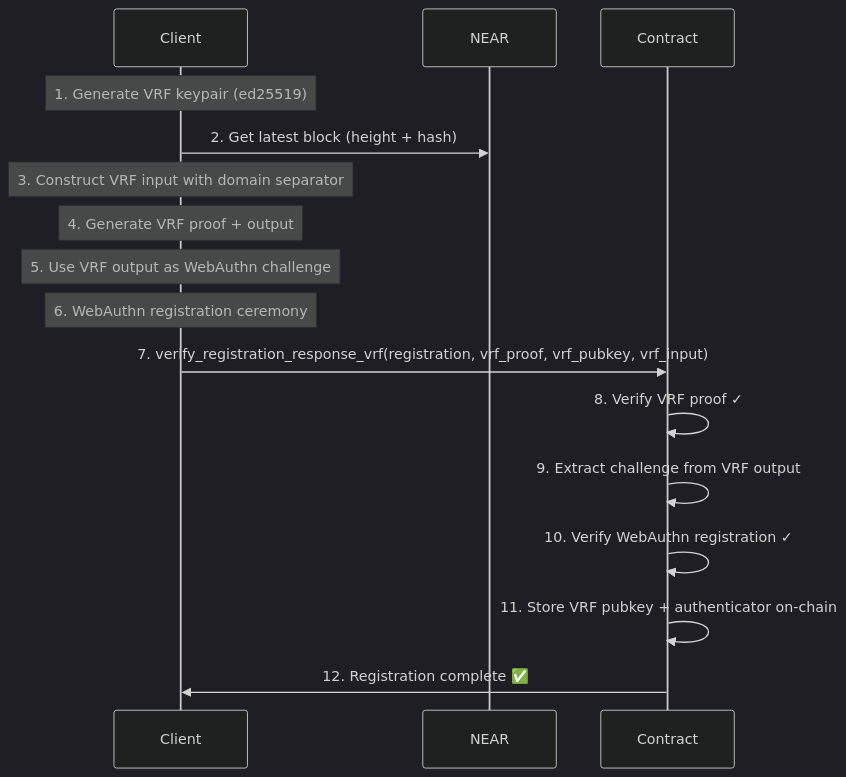
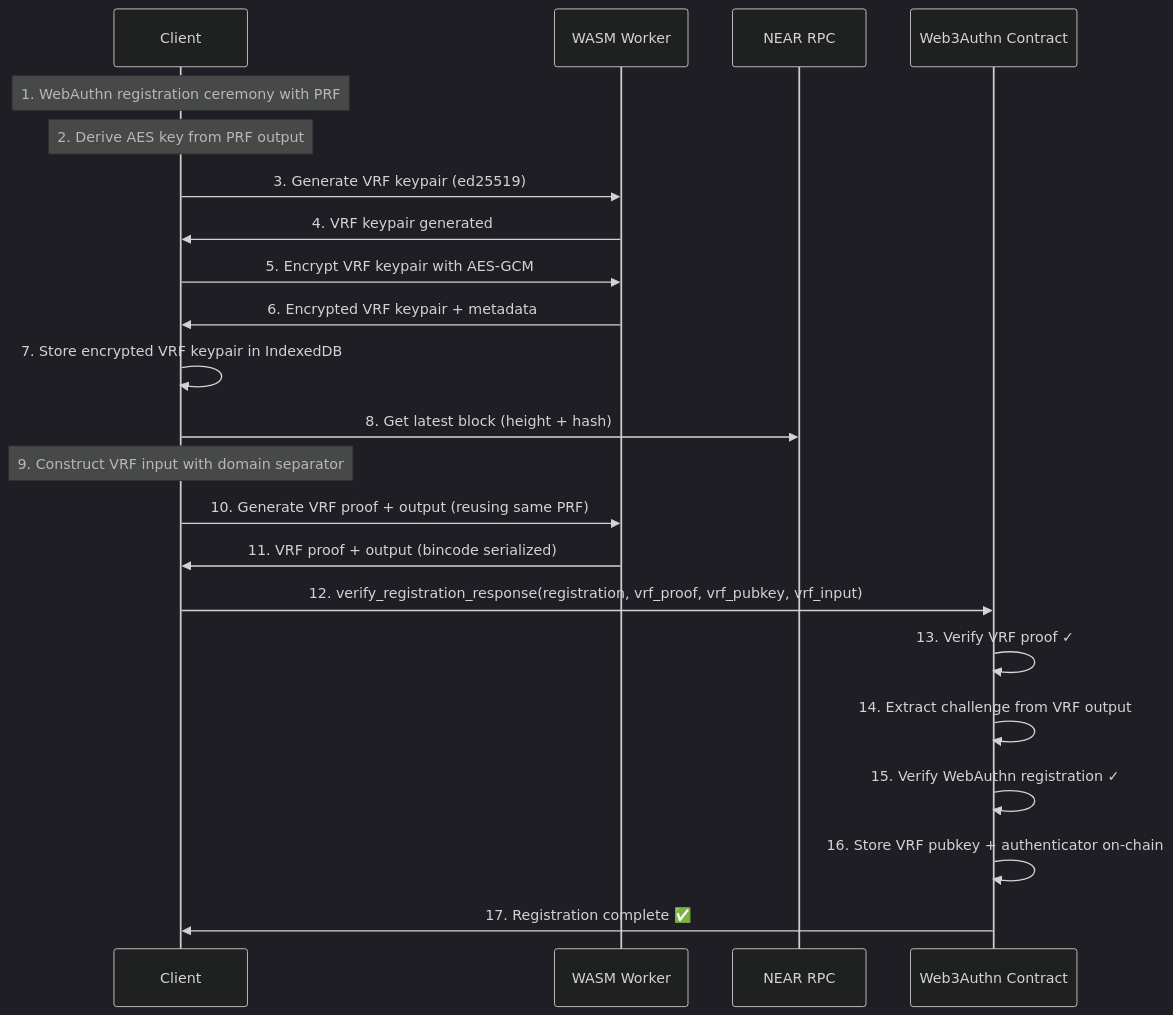
The first of 3 diagrams in docs/vrf_challenges.md (peitalin/vrf-passkey), drawn with Mermaid (dark theme) before and after one commit. The commit also changed other lines of this file and 11 other files, not shown here.

````diff
--- a/docs/vrf_challenges.md
+++ b/docs/vrf_challenges.md
@@ -73,19 +92,25 @@
 ```mermaid
 sequenceDiagram
     participant Client
-    participant NEAR
-    participant Contract
+    participant WASM as WASM Worker
+    participant NEAR as NEAR RPC
+    participant Contract as Web3Authn Contract
 
-    Note over Client: 1. Generate VRF keypair (ed25519)
-    Client->>NEAR: 2. Get latest block (height + hash)
-    Note over Client: 3. Construct VRF input with domain separator
-    Note over Client: 4. Generate VRF proof + output
-    Note over Client: 5. Use VRF output as WebAuthn challenge
-    Note over Client: 6. WebAuthn registration ceremony
-    Client->>Contract: 7. verify_registration_response_vrf(registration, vrf_proof, vrf_pubkey, vrf_input)
-    Contract->>Contract: 8. Verify VRF proof ✓
-    Contract->>Contract: 9. Extract challenge from VRF output
-    Contract->>Contract: 10. Verify WebAuthn registration ✓
-    Contract->>Contract: 11. Store VRF pubkey + authenticator on-chain
-    Contract->>Client: 12. Registration complete ✅
+    Note over Client: 1. WebAuthn registration ceremony with PRF
+    Note over Client: 2. Derive AES key from PRF output
+    Client->>WASM: 3. Generate VRF keypair (ed25519)
+    WASM->>Client: 4. VRF keypair generated
+    Client->>WASM: 5. Encrypt VRF keypair with AES-GCM
+    WASM->>Client: 6. Encrypted VRF keypair + metadata
+    Client->>Client: 7. Store encrypted VRF keypair in IndexedDB
+    Client->>NEAR: 8. Get latest block (height + hash)
+    Note over Client: 9. Construct VRF input with domain separator
+    Client->>WASM: 10. Generate VRF proof + output (reusing same PRF)
+    WASM->>Client: 11. VRF proof + output (bincode serialized)
+    Client->>Contract: 12. verify_registration_response(registration, vrf_proof, vrf_pubkey, vrf_input)
+    Contract->>Contract: 13. Verify VRF proof ✓
+    Contract->>Contract: 14. Extract challenge from VRF output
+    Contract->>Contract: 15. Verify WebAuthn registration ✓
+    Contract->>Contract: 16. Store VRF pubkey + authenticator on-chain
+    Contract->>Client: 17. Registration complete ✅
 ```
````
